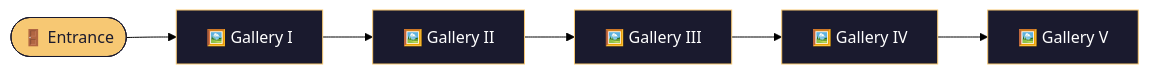
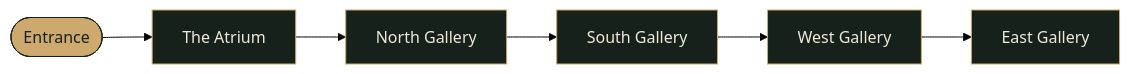
Before and after one commit to shivubuilds-mikasa/XR: the diagram in README.md, drawn with Mermaid (forest theme). The commit also changed other lines of this file and 1 other file, not shown here.

````diff
--- a/README.md
+++ b/README.md
@@ -94,14 +83,14 @@
 ```mermaid
 flowchart LR
-    A([🚪 Entrance]) --> B[🖼️ Gallery I]
-    B --> C[🖼️ Gallery II]
-    C --> D[🖼️ Gallery III]
-    D --> E[🖼️ Gallery IV]
-    E --> F[🖼️ Gallery V]
-    style A fill:#f7c873,stroke:#1a1a2e,color:#1a1a2e
-    style B fill:#1a1a2e,stroke:#f7c873,color:#fff
-    style C fill:#1a1a2e,stroke:#f7c873,color:#fff
-    style D fill:#1a1a2e,stroke:#f7c873,color:#fff
-    style E fill:#1a1a2e,stroke:#f7c873,color:#fff
-    style F fill:#1a1a2e,stroke:#f7c873,color:#fff
+    A([Entrance]) --> B[The Atrium]
+    B --> C[North Gallery]
+    C --> D[South Gallery]
+    D --> E[West Gallery]
+    E --> F[East Gallery]
+    style A fill:#cda96e,stroke:#17211b,color:#17211b
+    style B fill:#17211b,stroke:#cda96e,color:#eee8da
+    style C fill:#17211b,stroke:#cda96e,color:#eee8da
+    style D fill:#17211b,stroke:#cda96e,color:#eee8da
+    style E fill:#17211b,stroke:#cda96e,color:#eee8da
+    style F fill:#17211b,stroke:#cda96e,color:#eee8da
 ```
````
